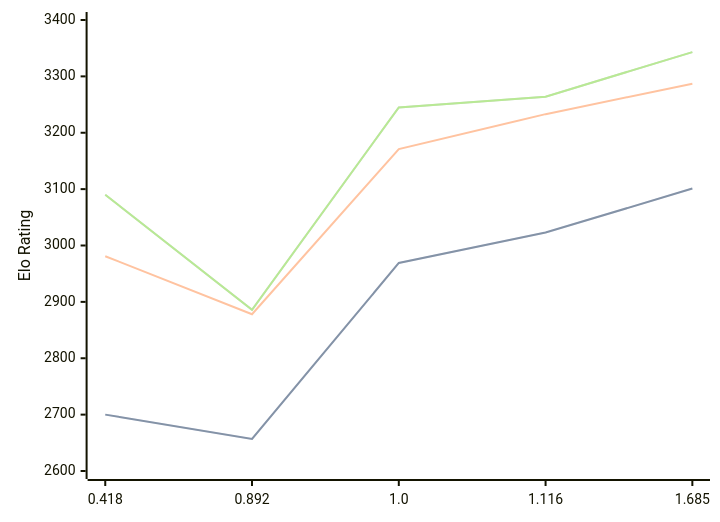
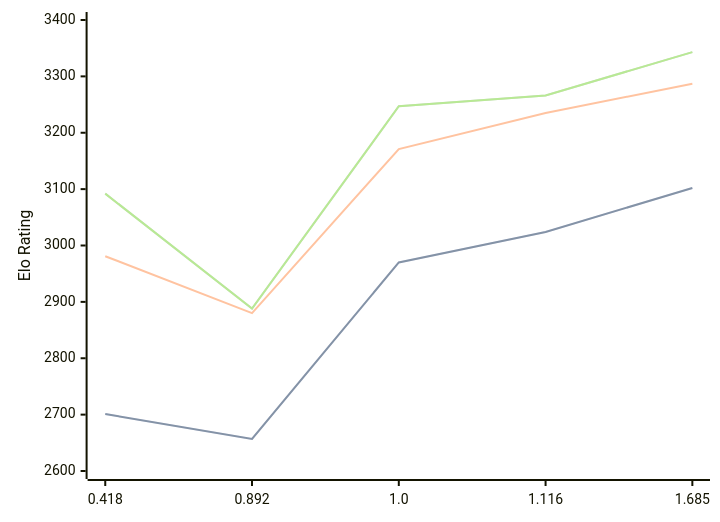
Before and after one commit to computer-chess-index/cci: the diagram in engines/Malika.md, drawn with Mermaid. The commit also changed other lines of this file, not shown here.

Commit message:
Update CCI Ratings (ELO VLTC) - 2026-07-25

````diff
--- a/engines/Malika.md
+++ b/engines/Malika.md
@@ -35,11 +35,11 @@
 ```mermaid
 %%{init: {"theme":"base","themeVariables":{"seriesColors:['#a3a3a3','#222221','#faa371']}}}%%
 xychart-beta
   x-axis ["0.418", "0.892", "1.0", "1.116", "1.685"]
   y-axis "Elo Rating" 2600 --> 3400
-  line "STC (8.0+0.08s)" [2700, 2657, 2969, 3023, 3101]
-  line "STC (8.0+0.08s)" [2700, 2657, 2969, 3023, 3101]
-  line "LTC (60.0+0.60s)" [2981, 2878, 3171, 3233, 3287]
-  line "VLTC (2m24s+1.12s)" [3090, 2886, 3245, 3264, 3343]
-  line "VLTC (2m24s+1.12s)" [3090, 2886, 3245, 3264, 3343]
+  line "STC (8.0+0.08s)" [2701, 2657, 2970, 3024, 3102]
+  line "STC (8.0+0.08s)" [2701, 2657, 2970, 3024, 3102]
+  line "LTC (60.0+0.60s)" [2981, 2880, 3171, 3235, 3287]
+  line "VLTC (2m24s+1.12s)" [3092, 2888, 3247, 3266, 3343]
+  line "VLTC (2m24s+1.12s)" [3092, 2888, 3247, 3266, 3343]
 ```
````
